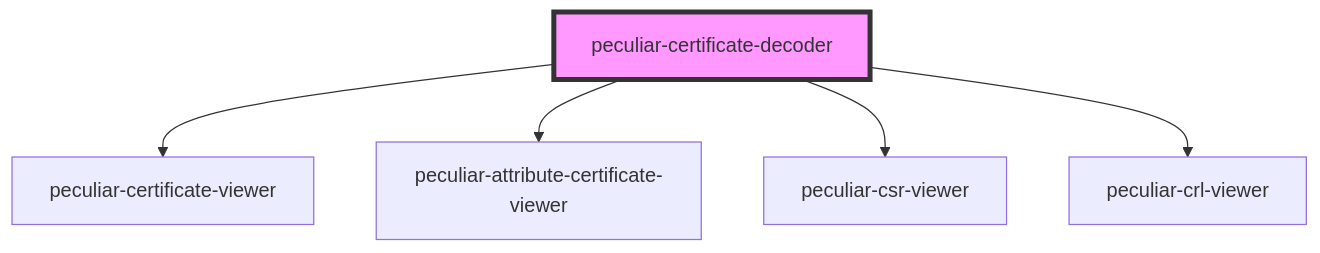
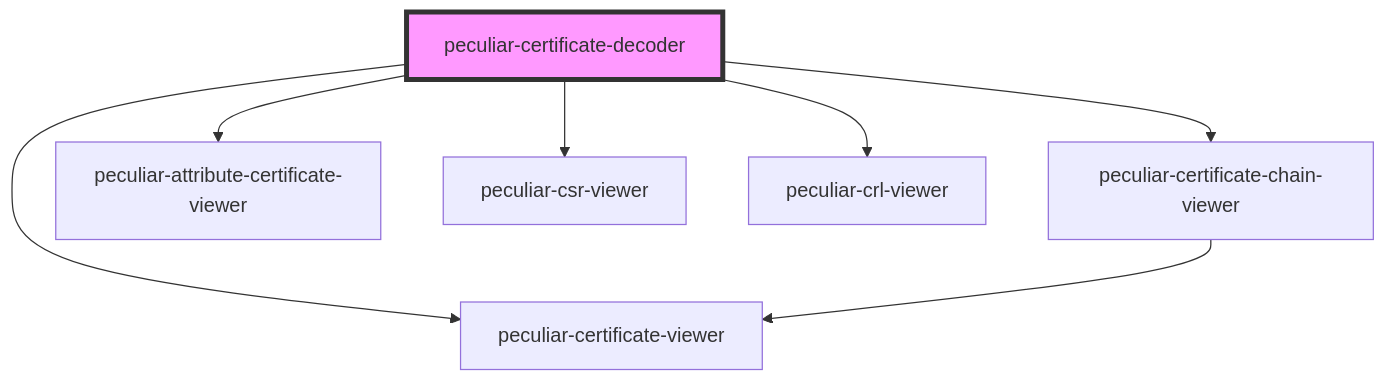
One commit to PeculiarVentures/pv-certificates-viewer changed the diagram in packages/webcomponents/src/components/certificate-decoder/readme.md. Above: the diagram before and after it, drawn with Mermaid. The commit also changed other lines of this file and 13 other files, not shown here.

````diff
--- a/packages/webcomponents/src/components/certificate-decoder/readme.md
+++ b/packages/webcomponents/src/components/certificate-decoder/readme.md
@@ -34,8 +35,10 @@
 ```mermaid
 graph TD;
+  peculiar-certificate-decoder --> peculiar-certificate-chain-viewer
   peculiar-certificate-decoder --> peculiar-certificate-viewer
   peculiar-certificate-decoder --> peculiar-attribute-certificate-viewer
   peculiar-certificate-decoder --> peculiar-csr-viewer
   peculiar-certificate-decoder --> peculiar-crl-viewer
+  peculiar-certificate-chain-viewer --> peculiar-certificate-viewer
   style peculiar-certificate-decoder fill:#f9f,stroke:#333,stroke-width:4px
 ```
````
